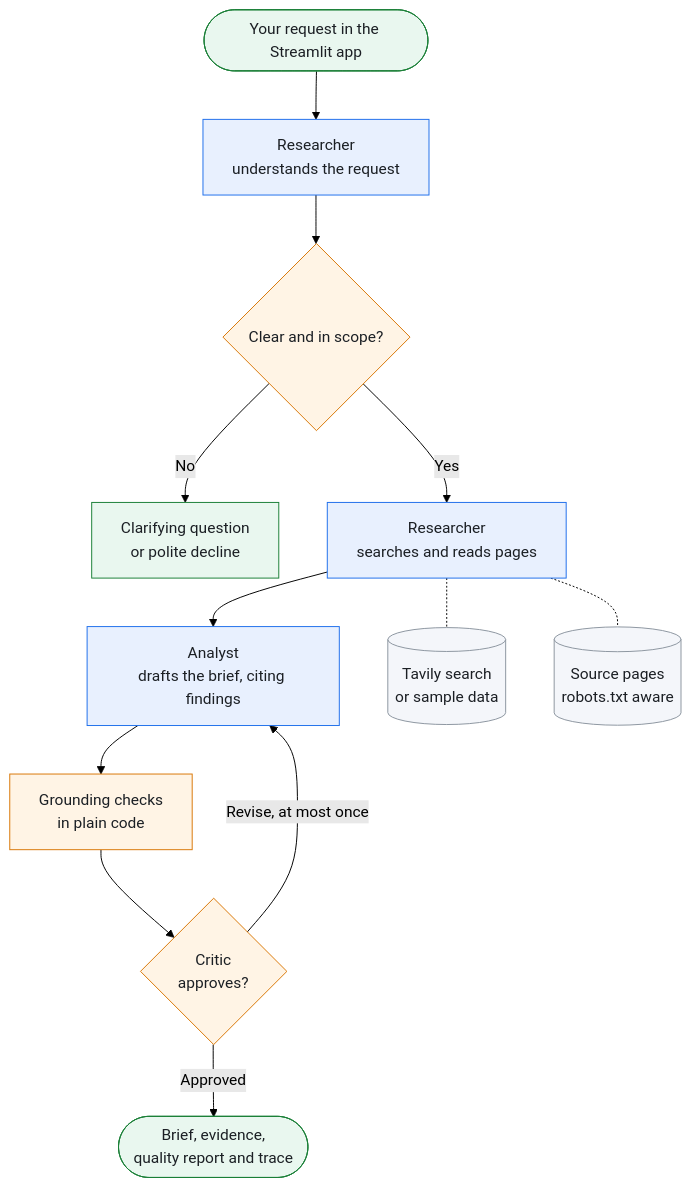
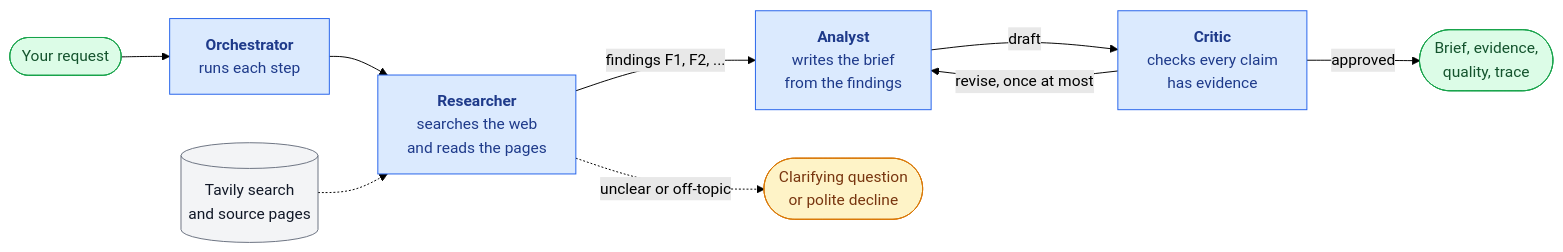
The diagram in README.md (shkroyas/ai-research-assistant), drawn with Mermaid (forest theme) before and after one commit.

Commit message:
docs(readme): show all four agents in the flowchart (#22)
One left-to-right row with the Orchestrator, Researcher, Analyst and Critic, the one-revision loop and the clarify-or-decline exit.

````diff
--- a/README.md
+++ b/README.md
@@ -39,23 +39,20 @@
 ```mermaid
-flowchart TD
-    U(["Your request in the Streamlit app"]) --> R1["Researcher<br/>understands the request"]
-    R1 --> D{"Clear and in scope?"}
-    D -- "No" --> Q["Clarifying question<br/>or polite decline"]
-    D -- "Yes" --> R2["Researcher<br/>searches and reads pages"]
-    R2 --> A["Analyst<br/>drafts the brief, citing findings"]
-    A --> G["Grounding checks<br/>in plain code"]
-    G --> C{"Critic<br/>approves?"}
-    C -- "Revise, at most once" --> A
-    C -- "Approved" --> B(["Brief, evidence,<br/>quality report and trace"])
-    R2 -.- S[("Tavily search<br/>or sample data")]
-    R2 -.- P[("Source pages<br/>robots.txt aware")]
+flowchart LR
+    U(["Your request"]) --> O["<b>Orchestrator</b><br/>runs each step"]
+    O --> R["<b>Researcher</b><br/>searches the web<br/>and reads the pages"]
+    R -->|"findings F1, F2, ..."| A["<b>Analyst</b><br/>writes the brief<br/>from the findings"]
+    A -->|"draft"| C["<b>Critic</b><br/>checks every claim<br/>has evidence"]
+    C -->|"approved"| B(["Brief, evidence,<br/>quality, trace"])
+    C -->|"revise, once at most"| A
+    W[("Tavily search<br/>and source pages")] -.-> R
+    R -.->|"unclear or off-topic"| Q(["Clarifying question<br/>or polite decline"])
 
-    classDef agent fill:#e8f0fe,stroke:#1f6feb,color:#1b1f24
-    classDef check fill:#fff4e5,stroke:#d97706,color:#1b1f24
-    classDef io fill:#e9f7ef,stroke:#1a7f37,color:#1b1f24
-    classDef ext fill:#f4f6fa,stroke:#8c959f,color:#1b1f24
-    class R1,R2,A agent
-    class D,G,C check
-    class U,B,Q io
-    class S,P ext
+    classDef agent fill:#dbeafe,stroke:#2563eb,color:#1e3a8a
+    classDef io fill:#dcfce7,stroke:#16a34a,color:#14532d
+    classDef ext fill:#f3f4f6,stroke:#6b7280,color:#111827
+    classDef stop fill:#fef3c7,stroke:#d97706,color:#78350f
+    class O,R,A,C agent
+    class U,B io
+    class W ext
+    class Q stop
 ```
````
